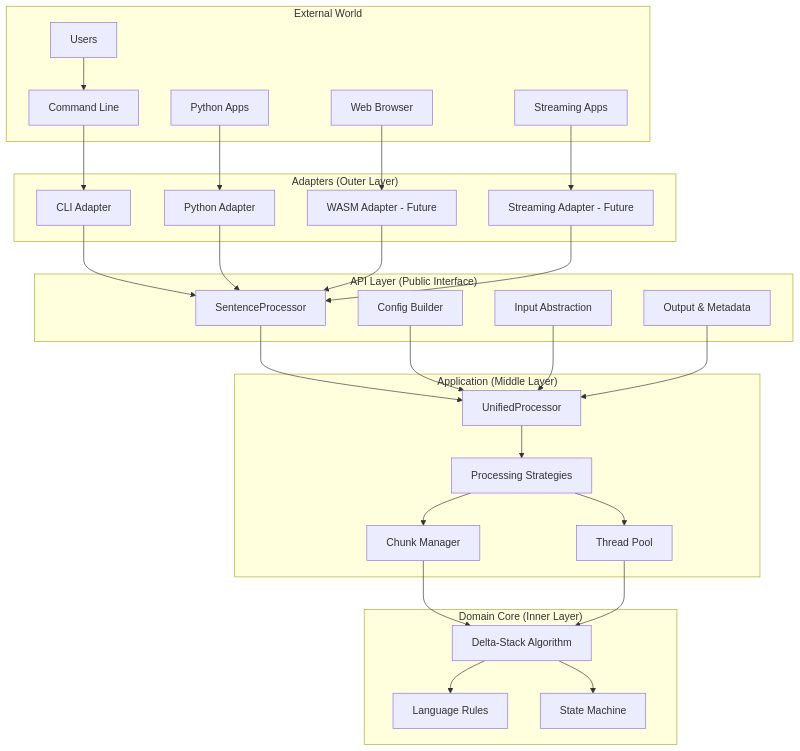
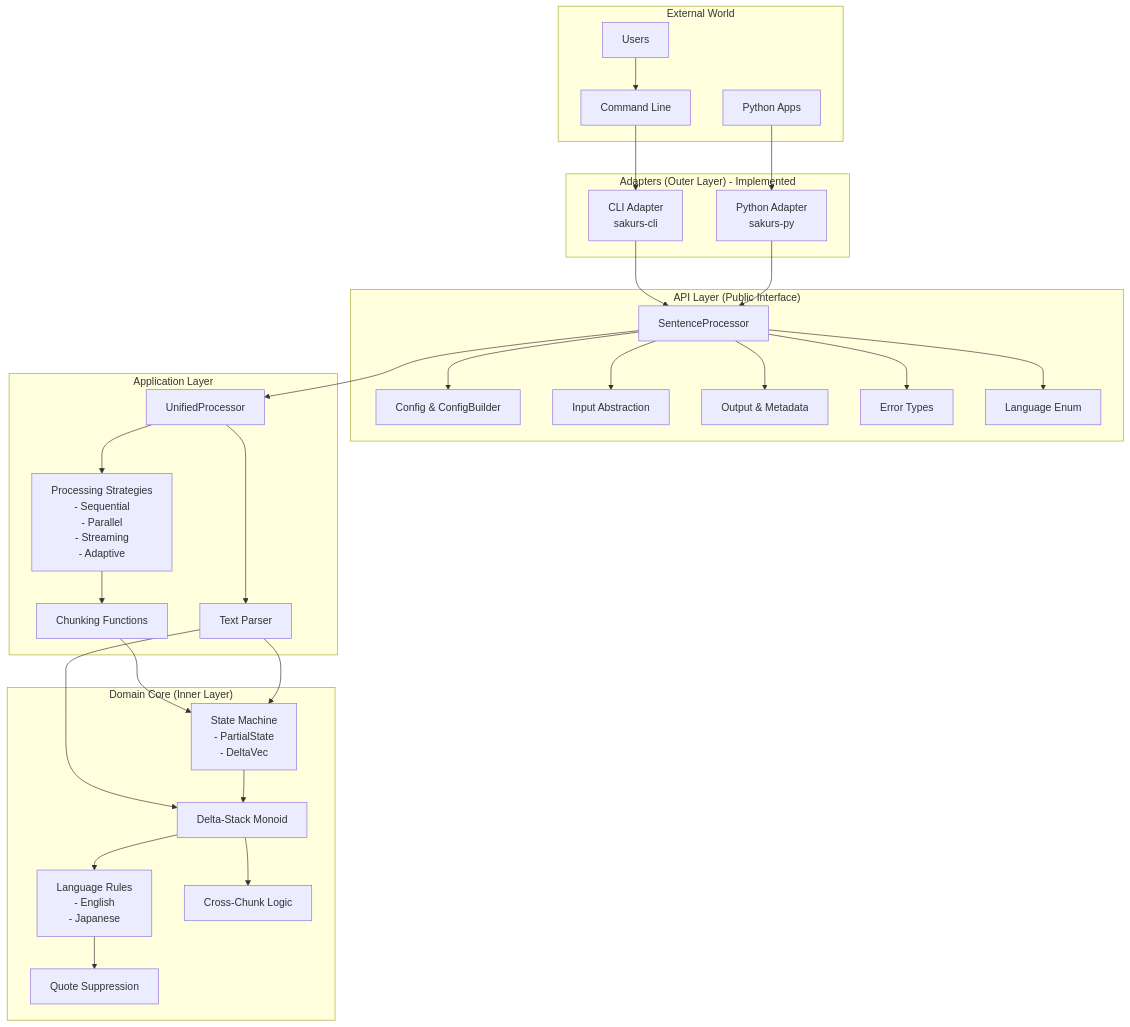
One commit to sog4be/sakurs changed the first of 2 diagrams in docs/ARCHITECTURE.md. Above: the diagram before and after it, drawn with Mermaid. The commit also changed other lines of this file, not shown here.

Commit message:
docs: fix architecture diagram to accurately reflect implementation
- Remove non-existent WASM and Streaming adapters from main diagram
- Remove misleading External World connections to future components
- Replace 'Chunk Manager' with 'Chunking Functions' (accurate representation)
- Remove 'Thread Pool' component (we use rayon's global pool)
- Add all API layer components (Error Types, Language Enum)
- Show all implemented processing strategies
- Add Parser component in Application layer
- Expand Domain Core to show all key components
- Add separate diagram for planned/future architecture
- Use dashed lines for future components

The diagram now accurately represents what's actually implemented vs planned.

🤖 Generated with [Claude Code](https://claude.ai/code)

````diff
--- a/docs/ARCHITECTURE.md
+++ b/docs/ARCHITECTURE.md
@@ -18,61 +18,63 @@
 ```mermaid
 graph TB
     subgraph "External World"
         USER[Users]
         PY[Python Apps]
         CLI[Command Line]
-        WEB[Web Browser]
-        STREAM[Streaming Apps]
     end
     
-    subgraph "Adapters (Outer Layer)"
-        ADP_CLI[CLI Adapter]
-        ADP_PY[Python Adapter]
-        ADP_WASM[WASM Adapter - Future]
-        ADP_STRM[Streaming Adapter - Future]
+    subgraph "Adapters (Outer Layer) - Implemented"
+        ADP_CLI[CLI Adapter<br/>sakurs-cli]
+        ADP_PY[Python Adapter<br/>sakurs-py]
     end
     
     subgraph "API Layer (Public Interface)"
         API[SentenceProcessor]
-        CFG[Config Builder]
+        CFG[Config & ConfigBuilder]
         IN[Input Abstraction]
         OUT[Output & Metadata]
+        ERR[Error Types]
+        LANG[Language Enum]
     end
     
-    subgraph "Application (Middle Layer)"
+    subgraph "Application Layer"
         APP[UnifiedProcessor]
-        STRAT[Processing Strategies]
-        CHUNK[Chunk Manager]
-        POOL[Thread Pool]
+        STRAT[Processing Strategies<br/>- Sequential<br/>- Parallel<br/>- Streaming<br/>- Adaptive]
+        CHUNK[Chunking Functions]
+        PARSER[Text Parser]
     end
     
     subgraph "Domain Core (Inner Layer)"
-        ALGO[Delta-Stack Algorithm]
-        RULES[Language Rules]
-        STATE[State Machine]
+        ALGO[Delta-Stack Monoid]
+        RULES[Language Rules<br/>- English<br/>- Japanese]
+        STATE[State Machine<br/>- PartialState<br/>- DeltaVec]
+        CROSS[Cross-Chunk Logic]
+        QUOTE[Quote Suppression]
     end
     
-    USER --> CLI --> ADP_CLI
+    USER --> CLI
+    CLI --> ADP_CLI
     PY --> ADP_PY
-    WEB --> ADP_WASM
-    STREAM --> ADP_STRM
     
     ADP_CLI --> API
     ADP_PY --> API
-    ADP_WASM --> API
-    ADP_STRM --> API
     
+    API --> CFG
+    API --> IN
+    API --> OUT
+    API --> ERR
+    API --> LANG
     API --> APP
-    CFG --> APP
-    IN --> APP
-    OUT --> APP
     
     APP --> STRAT
+    APP --> PARSER
     STRAT --> CHUNK
-    STRAT --> POOL
+    PARSER --> ALGO
     
-    CHUNK --> ALGO
-    POOL --> ALGO
+    CHUNK --> STATE
+    PARSER --> STATE
+    STATE --> ALGO
     ALGO --> RULES
-    ALGO --> STATE
+    ALGO --> CROSS
+    RULES --> QUOTE
 ```
````
